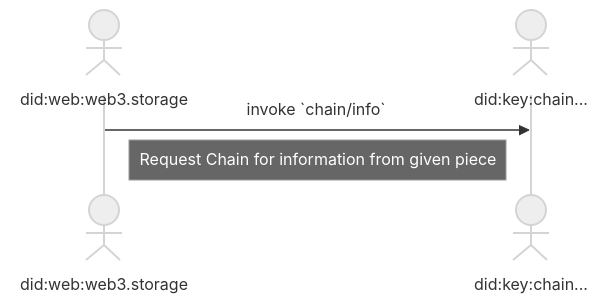
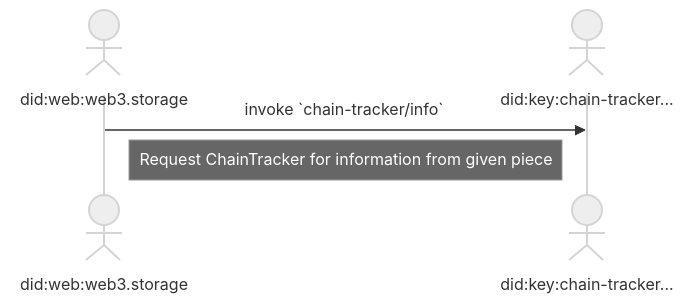
One commit to storacha/specs changed the fourth of 4 diagrams in w3-filecoin.md. Above: the diagram before and after it, drawn with Mermaid (neutral theme). The commit also changed other lines of this file, not shown here.

````diff
--- a/w3-filecoin.md
+++ b/w3-filecoin.md
@@ -150,8 +152,8 @@
 ```mermaid
 sequenceDiagram
     actor Storefront as <br/><br/>did:web:web3.storage
-    actor Chain as <br/><br/>did:key:chain...
+    actor ChainTracker as <br/><br/>did:key:chain-tracker...
 
-    Storefront->>Chain: invoke `chain/info`
-    Note left of Chain: Request Chain for information from given piece
+    Storefront->>ChainTracker: invoke `chain-tracker/info`
+    Note left of ChainTracker: Request ChainTracker for information from given piece
 ```
````
